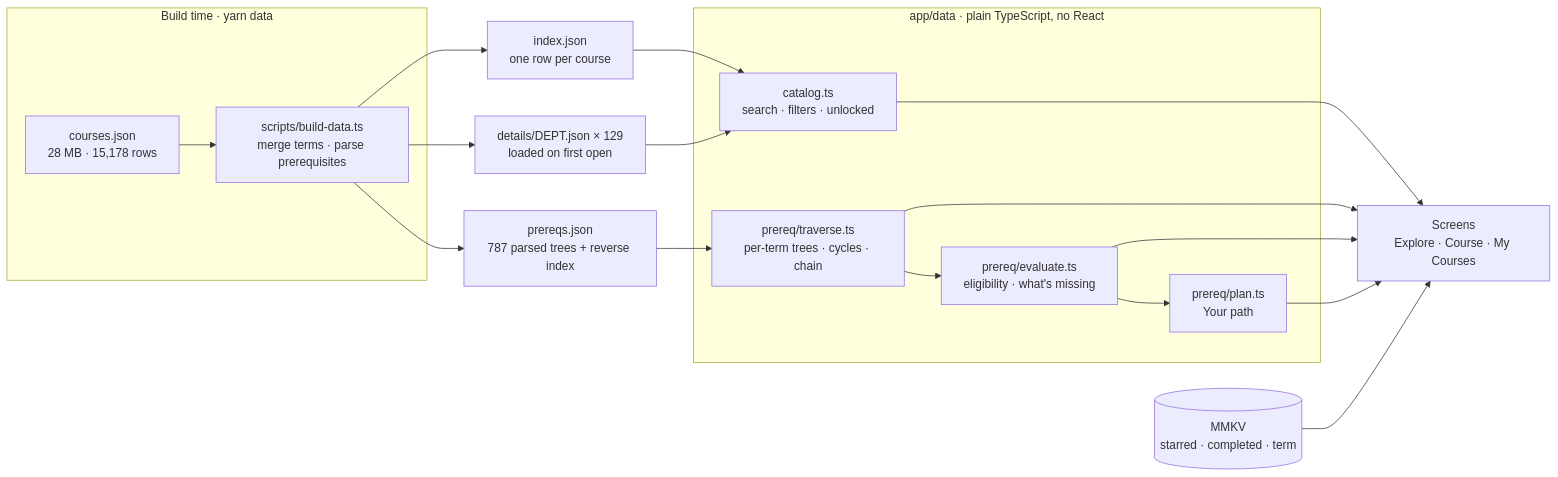
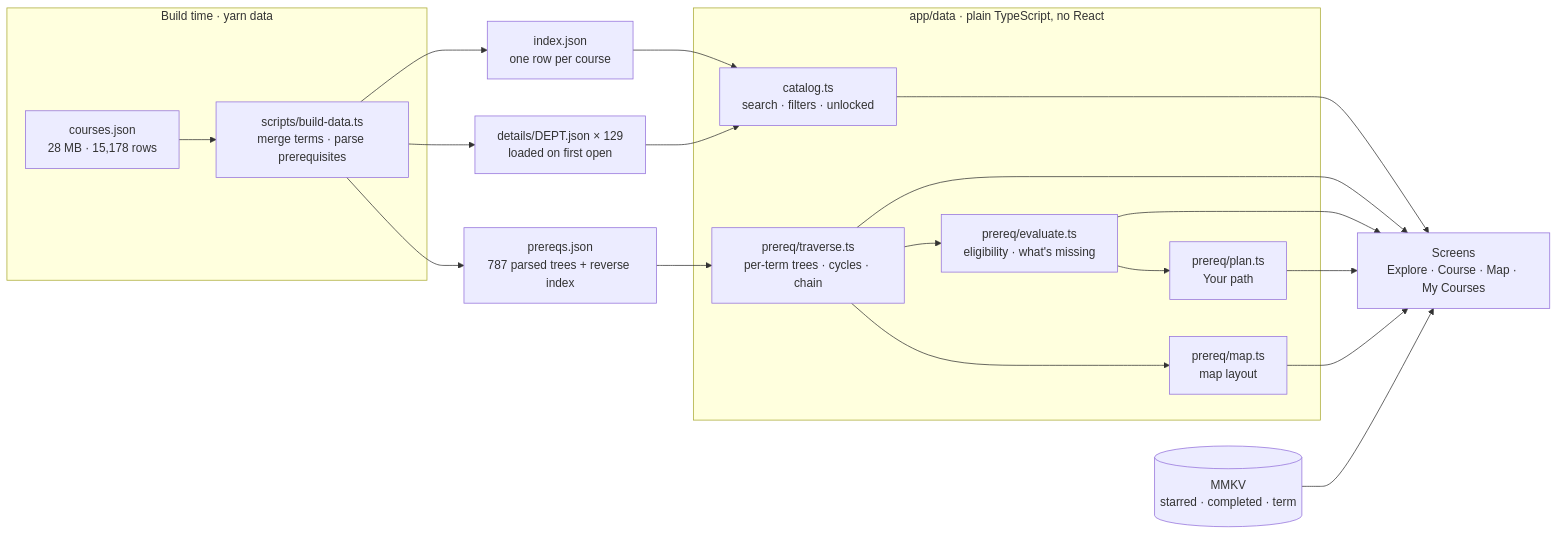
Before and after one commit to BhanuRana/usthing-app-test-2026: the diagram in README.md, drawn with Mermaid. The commit also changed other lines of this file and 9 other files, not shown here.

First line of the commit message:
README: course map demo, screenshot and explanation; D20

````diff
--- a/README.md
+++ b/README.md
@@ -134,20 +135,22 @@
 ```mermaid
 flowchart LR
   subgraph build["Build time · yarn data"]
     raw["courses.json<br/>28 MB · 15,178 rows"] --> script["scripts/build-data.ts<br/>merge terms · parse prerequisites"]
   end
   script --> idx["index.json<br/>one row per course"]
   script --> pre["prereqs.json<br/>787 parsed trees + reverse index"]
   script --> det["details/DEPT.json × 129<br/>loaded on first open"]
   subgraph data["app/data · plain TypeScript, no React"]
     cat["catalog.ts<br/>search · filters · unlocked"]
     trav["prereq/traverse.ts<br/>per-term trees · cycles · chain"]
     ev["prereq/evaluate.ts<br/>eligibility · what's missing"]
     plan["prereq/plan.ts<br/>Your path"]
+    mapl["prereq/map.ts<br/>map layout"]
   end
   idx --> cat
   det --> cat
   pre --> trav --> ev --> plan
+  trav --> mapl
   prefs[("MMKV<br/>starred · completed · term")]
-  cat & trav & ev & plan & prefs --> ui["Screens<br/>Explore · Course · My Courses"]
+  cat & trav & ev & plan & mapl & prefs --> ui["Screens<br/>Explore · Course · Map · My Courses"]
 ```
````
